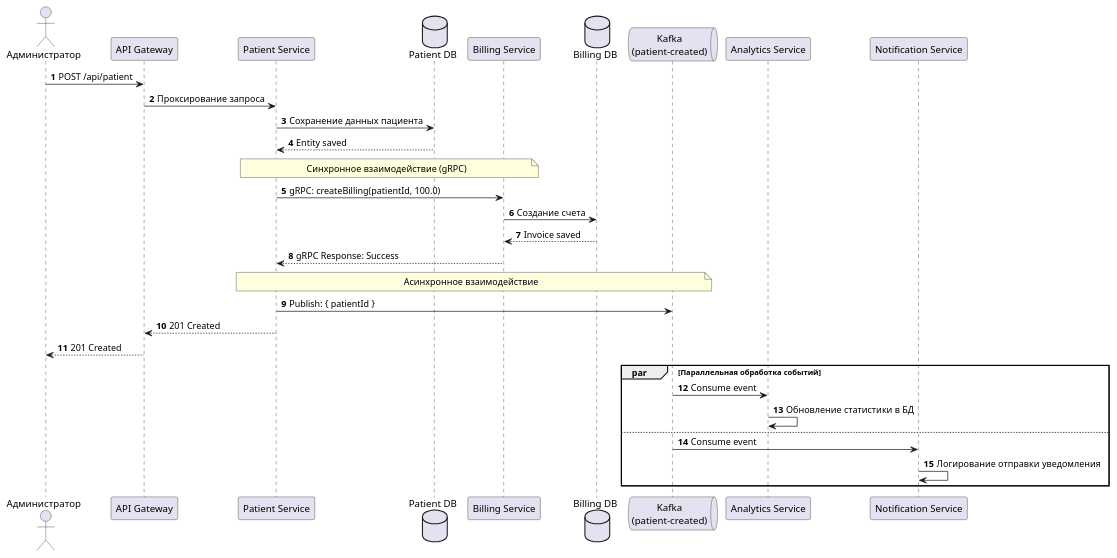
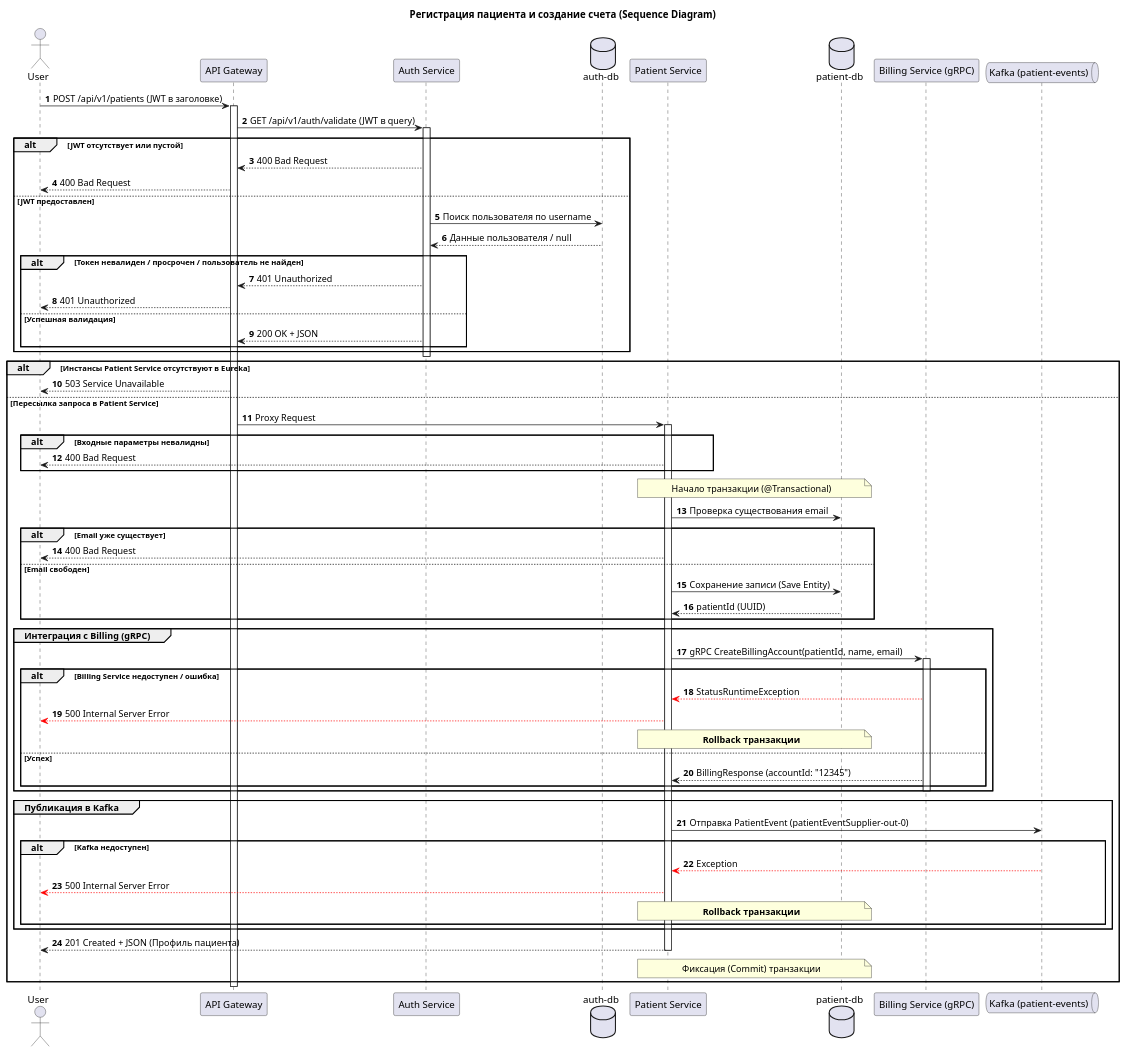
One commit to ni1a207/Healthcare-System changed the diagram in Docs/As is/Diagrams/Registration.puml. Above: the diagram before and after it, drawn with PlantUML. The commit also changed 16 other files, not shown here.

```diff
--- a/Docs/As is/Diagrams/Registration.puml
+++ b/Docs/As is/Diagrams/Registration.puml
@@ -1,39 +1,84 @@
 @startuml
+title Регистрация пациента и создание счета (Sequence Diagram)
+
 autonumber
-skinparam backgroundColor white
-skinparam BoxPadding 10
 
-actor "Администратор" as Admin
-participant "API Gateway" as GW
-participant "Patient Service" as PS
-database "Patient DB" as PDB
-participant "Billing Service" as BS
-database "Billing DB" as BDB
-queue "Kafka\n(patient-created)" as Kafka
-participant "Analytics Service" as Analytics
-participant "Notification Service" as Notify
+actor "User" as Client
+participant "API Gateway" as Gateway
+participant "Auth Service" as Auth
+database "auth-db" as AuthDB
+participant "Patient Service" as Patient
+database "patient-db" as PatientDB
+participant "Billing Service (gRPC)" as Billing
+queue "Kafka (patient-events)" as Kafka
 
-Admin -> GW : POST /api/patient
-GW -> PS : Проксирование запроса
-PS -> PDB : Сохранение данных пациента
-PDB --> PS : Entity saved
+Client -> Gateway : POST /api/v1/patients (JWT в заголовке)
+activate Gateway
 
-note over PS, BS : Синхронное взаимодействие (gRPC)
-PS -> BS : gRPC: createBilling(patientId, 100.0)
-BS -> BDB : Создание счета
-BDB --> BS : Invoice saved
-BS --> PS : gRPC Response: Success
+Gateway -> Auth : GET /api/v1/auth/validate (JWT в query)
+activate Auth
+alt JWT отсутствует или пустой
+    Auth --> Gateway : 400 Bad Request
+    Gateway --> Client : 400 Bad Request
+else JWT предоставлен
+    Auth -> AuthDB : Поиск пользователя по username
+    AuthDB --> Auth : Данные пользователя / null
+    alt Токен невалиден / просрочен / пользователь не найден
+        Auth --> Gateway : 401 Unauthorized
+        Gateway --> Client : 401 Unauthorized
+    else Успешная валидация
+        Auth --> Gateway : 200 OK + JSON
+    end
+end
+deactivate Auth
 
-note over PS, Kafka : Асинхронное взаимодействие
-PS -> Kafka : Publish: { patientId }
-PS --> GW : 201 Created
-GW --> Admin : 201 Created
+alt Инстансы Patient Service отсутствуют в Eureka
+    Gateway --> Client : 503 Service Unavailable
+else Пересылка запроса в Patient Service
+    Gateway -> Patient : Proxy Request
+    activate Patient
 
-par Параллельная обработка событий
-    Kafka -> Analytics : Consume event
-    Analytics -> Analytics : Обновление статистики в БД
-else
-    Kafka -> Notify : Consume event
-    Notify -> Notify : Логирование отправки уведомления
+    alt Входные параметры невалидны
+        Patient --> Client : 400 Bad Request
+    end
+
+    note over Patient, PatientDB : Начало транзакции (@Transactional)
+
+    Patient -> PatientDB : Проверка существования email
+    alt Email уже существует
+        Patient --> Client : 400 Bad Request
+    else Email свободен
+        Patient -> PatientDB : Сохранение записи (Save Entity)
+        PatientDB --> Patient : patientId (UUID)
+    end
+
+    group Интеграция с Billing (gRPC)
+        Patient -> Billing : gRPC CreateBillingAccount(patientId, name, email)
+        activate Billing
+        alt Billing Service недоступен / ошибка
+            Billing --[#red]> Patient : StatusRuntimeException
+            Patient --[#red]> Client : 500 Internal Server Error
+            note over Patient, PatientDB : **Rollback транзакции**
+        else Успех
+            Billing --> Patient : BillingResponse (accountId: "12345")
+        end
+        deactivate Billing
+    end
+
+    group Публикация в Kafka
+        Patient -> Kafka : Отправка PatientEvent (patientEventSupplier-out-0)
+        alt Kafka недоступен
+            Kafka --[#red]> Patient : Exception
+            Patient --[#red]> Client : 500 Internal Server Error
+            note over Patient, PatientDB : **Rollback транзакции**
+        end
+    end
+
+    Patient --> Client : 201 Created + JSON (Профиль пациента)
+    note over Patient, PatientDB : Фиксация (Commit) транзакции
+    deactivate Patient
 end
+
+deactivate Gateway
+
 @enduml
```
